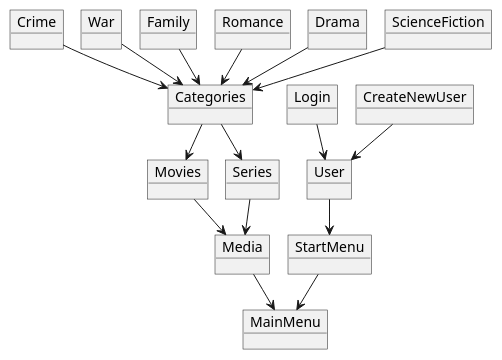
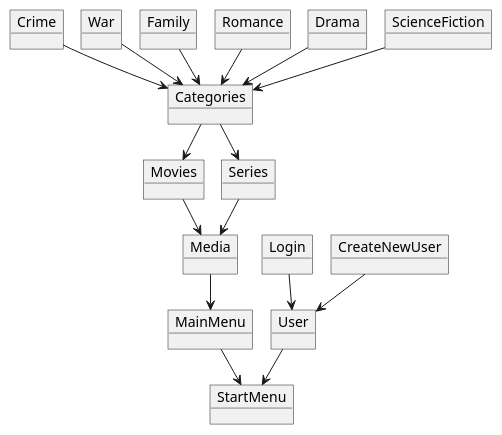
Before and after one commit to MichellaBech/SP3: the diagram in .idea/Domain.puml, drawn with PlantUML. The commit also changed 1 other file, not shown here.

```diff
--- a/.idea/Domain.puml
+++ b/.idea/Domain.puml
@@ -1,40 +1,40 @@
 @startuml
 'https://plantuml.com/object-diagram
 !pragma layout smetana
 
 object User
 object Media
 object Movies
 object Series
 object Categories
 object Crime
 object War
 object Family
 object Romance
 object Drama
 object ScienceFiction
 object Login
 object CreateNewUser
 object MainMenu
 object StartMenu
 
 
  Movies --> Media
  Series --> Media
  Categories --> Series
  Categories --> Movies
  Crime --> Categories
  War --> Categories
  Family --> Categories
  Romance --> Categories
  Drama --> Categories
  ScienceFiction--> Categories
  Login --> User
  CreateNewUser --> User
  Media --> MainMenu
 User --> StartMenu
-StartMenu --> MainMenu
+MainMenu --> StartMenu
 
 
 
 @enduml
```
